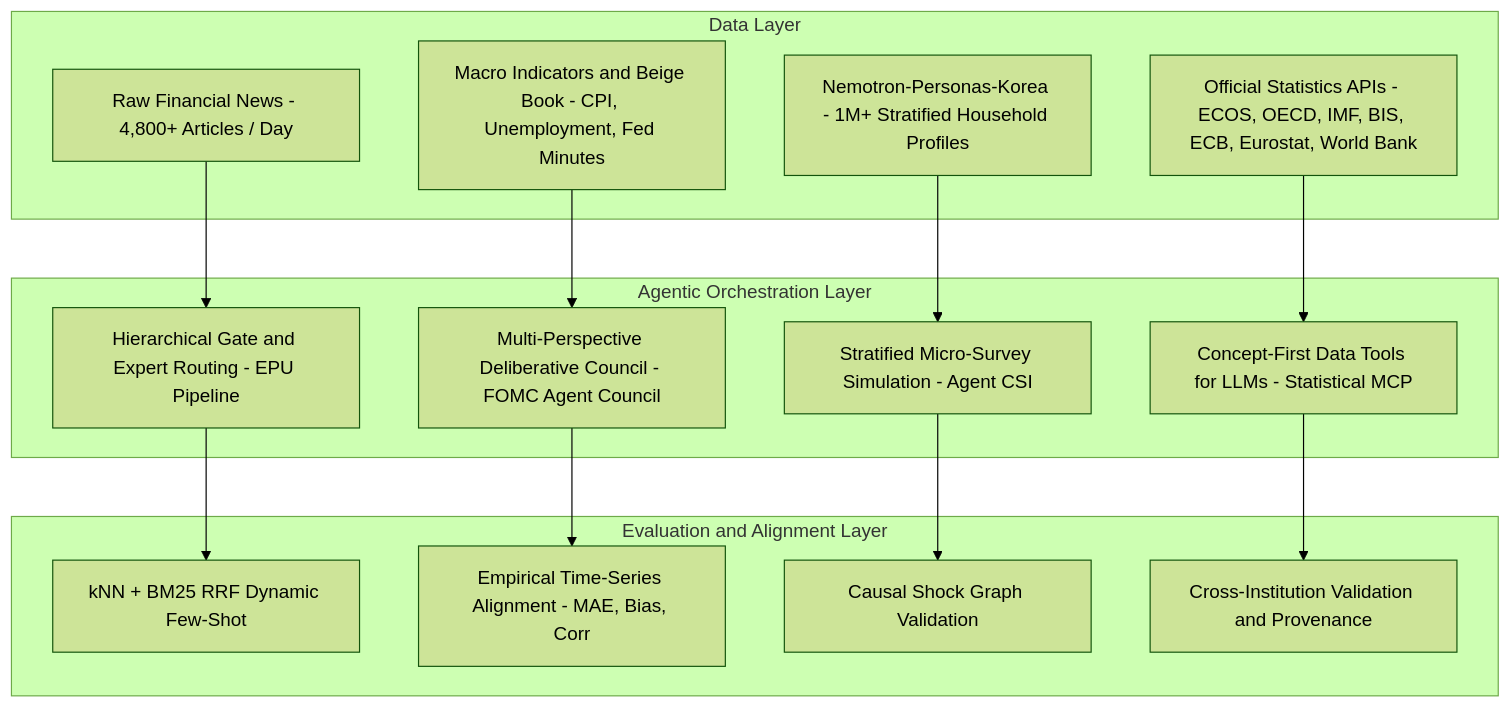
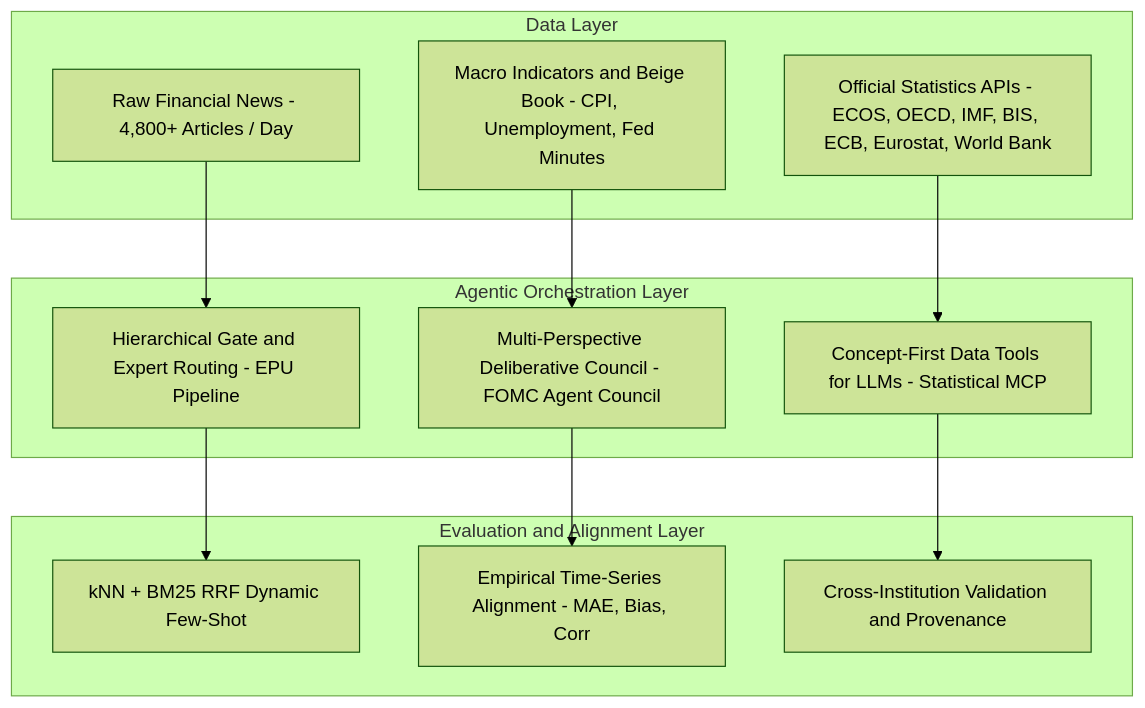
Before and after one commit to kgy0617/kgy0617.github.io: the diagram in ai-dev.md, drawn with Mermaid (forest theme). The commit also changed other lines of this file and 8 other files, not shown here.

Commit message:
feat: unlist Agent CSI project and post from public listings

````diff
--- a/ai-dev.md
+++ b/ai-dev.md
@@ -13,28 +13,24 @@
 ```mermaid
 graph TD
     subgraph DL["Data Layer"]
         D1["Raw Financial News - 4,800+ Articles / Day"]
         D2["Macro Indicators and Beige Book - CPI, Unemployment, Fed Minutes"]
-        D3["Nemotron-Personas-Korea - 1M+ Stratified Household Profiles"]
         D4["Official Statistics APIs - ECOS, OECD, IMF, BIS, ECB, Eurostat, World Bank"]
     end
 
     subgraph AOL["Agentic Orchestration Layer"]
         A1["Hierarchical Gate and Expert Routing - EPU Pipeline"]
         A2["Multi-Perspective Deliberative Council - FOMC Agent Council"]
-        A3["Stratified Micro-Survey Simulation - Agent CSI"]
         A4["Concept-First Data Tools for LLMs - Statistical MCP"]
     end
 
     subgraph EAL["Evaluation and Alignment Layer"]
         E1["kNN + BM25 RRF Dynamic Few-Shot"]
         E2["Empirical Time-Series Alignment - MAE, Bias, Corr"]
-        E3["Causal Shock Graph Validation"]
         E4["Cross-Institution Validation and Provenance"]
     end
 
     D1 --> A1 --> E1
     D2 --> A2 --> E2
-    D3 --> A3 --> E3
     D4 --> A4 --> E4
 ```
````
